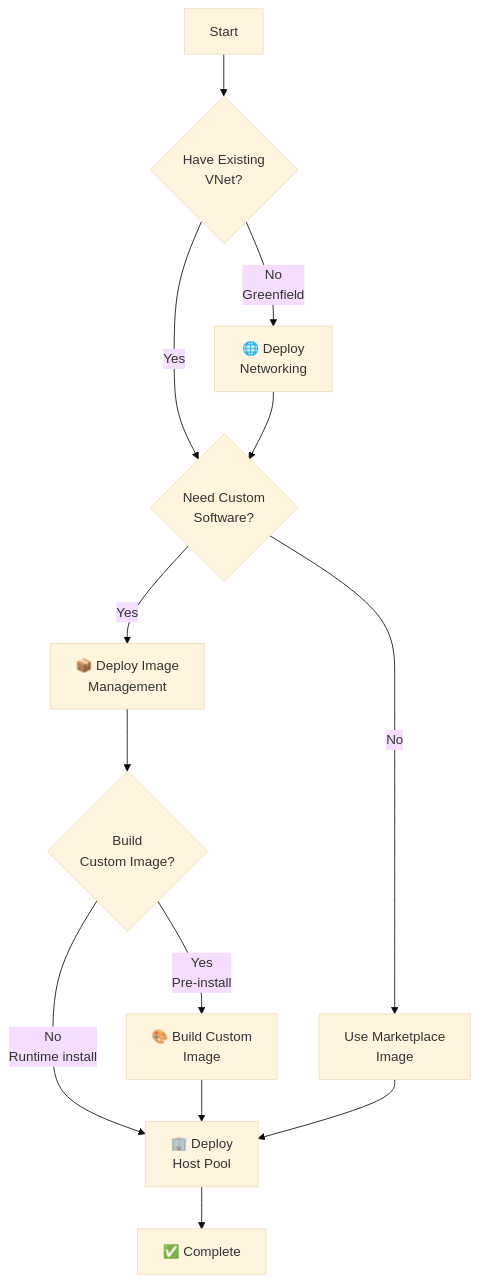
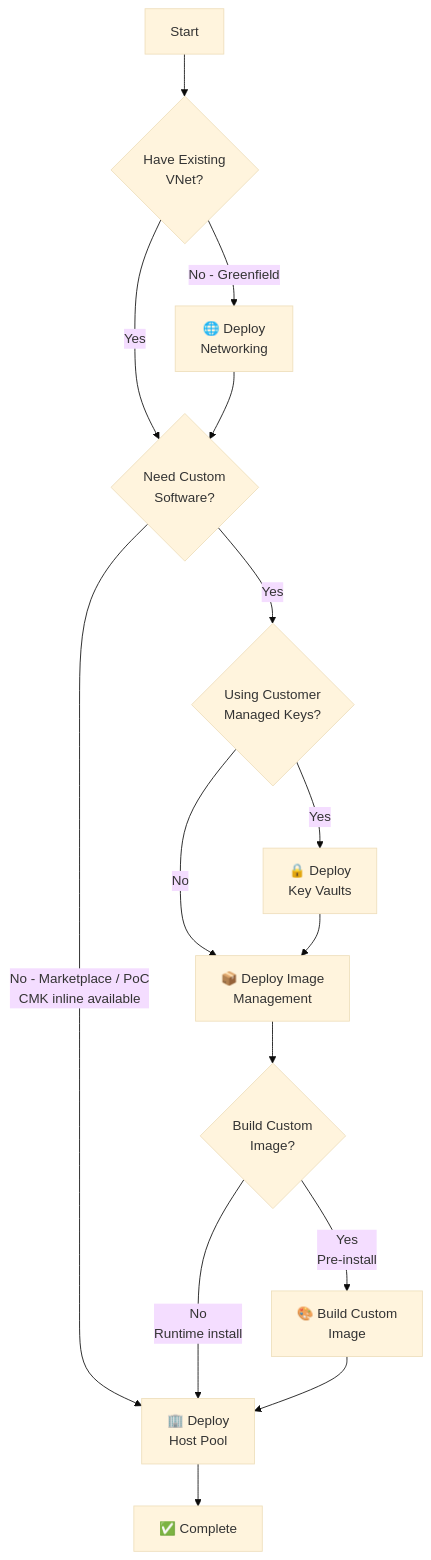
The diagram in README.md (Azure/FederalAVD), drawn with Mermaid (base theme) before and after one commit. The commit also changed other lines of this file and 360 other files, not shown here.

First line of the commit message:
Removed AVM, Refactored Image Management, Customer Managed Keys, and Image Builds - New Features (#26)

````diff
--- a/README.md
+++ b/README.md
@@ -36,15 +37,17 @@
 ```mermaid
 graph TD
     A[Start] --> B{Have Existing<br/>VNet?}
-    B -->|No<br/>Greenfield| C[🌐 Deploy<br/>Networking]
-    B -->|Yes| D{Need Custom<br/>Software?}
-    C --> D
-    D -->|Yes| E[📦 Deploy Image<br/>Management]
-    D -->|No| F[Use Marketplace<br/>Image]
-    E --> G{Build<br/>Custom Image?}
-    G -->|Yes<br/>Pre-install| H[🎨 Build Custom<br/>Image]
-    G -->|No<br/>Runtime install| I[🏢 Deploy<br/>Host Pool]
-    H --> I
-    F --> I
-    I --> J[✅ Complete]
+    B -->|No - Greenfield| C[🌐 Deploy<br/>Networking]
+    B -->|Yes| CUST
+    C --> CUST
+    CUST{Need Custom<br/>Software?} -->|No - Marketplace / PoC<br/>CMK inline available| HP
+    CUST -->|Yes| CMK{Using Customer<br/>Managed Keys?}
+    CMK -->|Yes| KV[🔒 Deploy<br/>Key Vaults]
+    CMK -->|No| IMG
+    KV --> IMG[📦 Deploy Image<br/>Management]
+    IMG --> BUILD{Build Custom<br/>Image?}
+    BUILD -->|Yes<br/>Pre-install| IB[🎨 Build Custom<br/>Image]
+    BUILD -->|No<br/>Runtime install| HP
+    IB --> HP[🏢 Deploy<br/>Host Pool]
+    HP --> J[✅ Complete]
 ```
````
